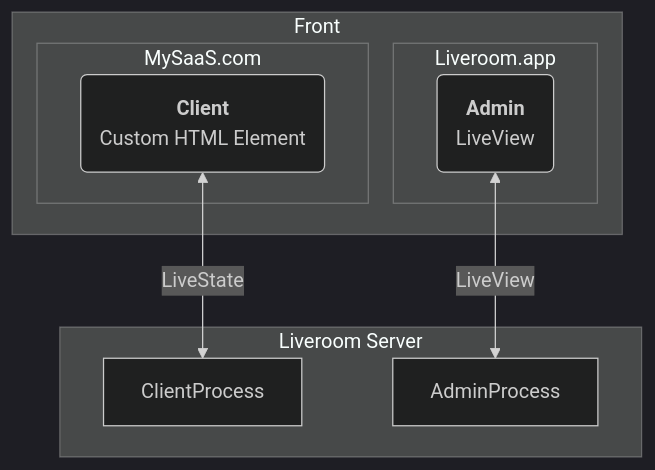
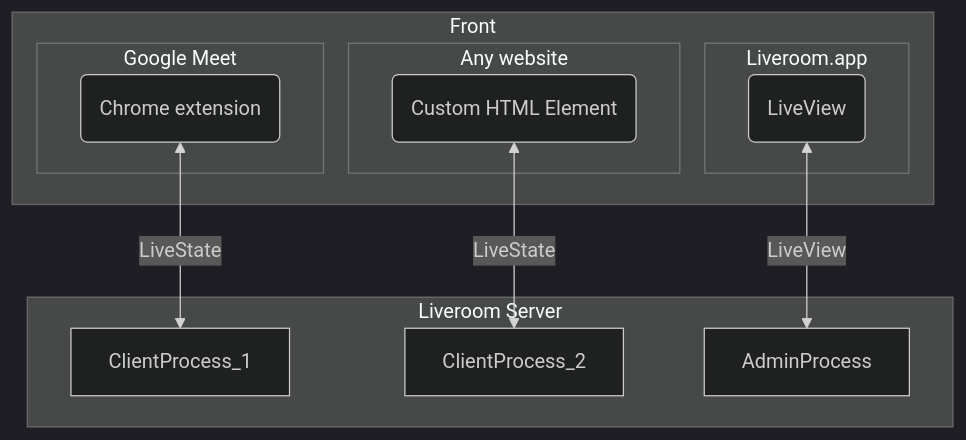
Before and after one commit to NduatiK/liveroom: the diagram in docs/ARCHITECTURE.md, drawn with Mermaid (dark theme).

````diff
--- a/docs/ARCHITECTURE.md
+++ b/docs/ARCHITECTURE.md
@@ -6,19 +6,26 @@
 ```mermaid
 graph TD
     subgraph Front
+      subgraph Google Meet
+        ChromeExtension(Chrome extension)
+      end
+
       subgraph Liveroom.app
-        Admin(<b>Admin</b> <br/> LiveView)
+        Admin(LiveView)
       end
-      subgraph MySaaS.com
-        Client(<b>Client</b> <br/> Custom HTML Element)
+
+      subgraph Any website
+        Client(Custom HTML Element)
       end
     end
 
     subgraph Liveroom Server
-      ClientProcess
+      ClientProcess_1
+      ClientProcess_2
       AdminProcess
     end
 
-    Client <-- LiveState --> ClientProcess
+    ChromeExtension <-- LiveState --> ClientProcess_1
+    Client <-- LiveState --> ClientProcess_2
     Admin <-- LiveView --> AdminProcess
 ```
````
